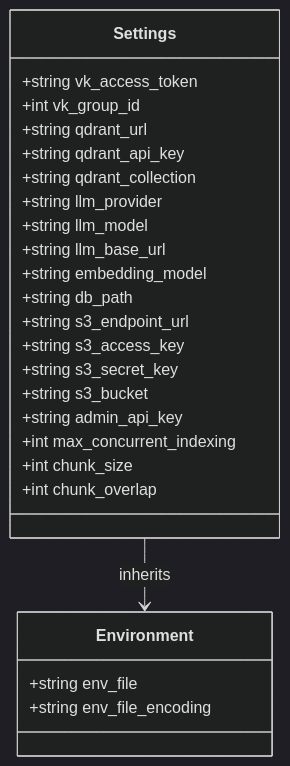
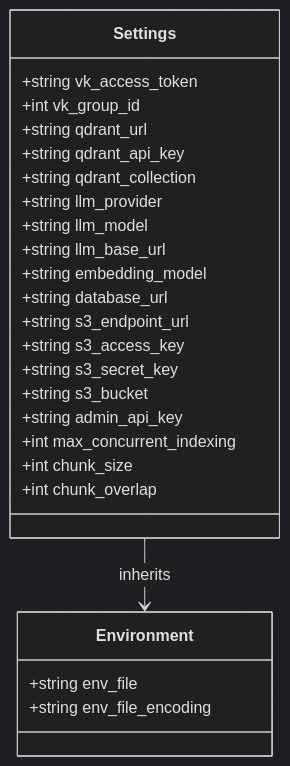
Diagram 24 of 26 in .qoder/repowiki/en/content/Document Management System.md (ognelis/cafetera_hr_bot), drawn with Mermaid (dark theme) before and after one commit. The commit also changed other lines of this file and 13 other files, not shown here.

````diff
--- a/.qoder/repowiki/en/content/Document Management System.md
+++ b/.qoder/repowiki/en/content/Document Management System.md
@@ -2512,28 +2584,28 @@
 ```mermaid
 classDiagram
 class Settings {
 +string vk_access_token
 +int vk_group_id
 +string qdrant_url
 +string qdrant_api_key
 +string qdrant_collection
 +string llm_provider
 +string llm_model
 +string llm_base_url
 +string embedding_model
-+string db_path
++string database_url
 +string s3_endpoint_url
 +string s3_access_key
 +string s3_secret_key
 +string s3_bucket
 +string admin_api_key
 +int max_concurrent_indexing
 +int chunk_size
 +int chunk_overlap
 }
 class Environment {
 +string env_file
 +string env_file_encoding
 }
 Settings --> Environment : inherits
 ```
````
